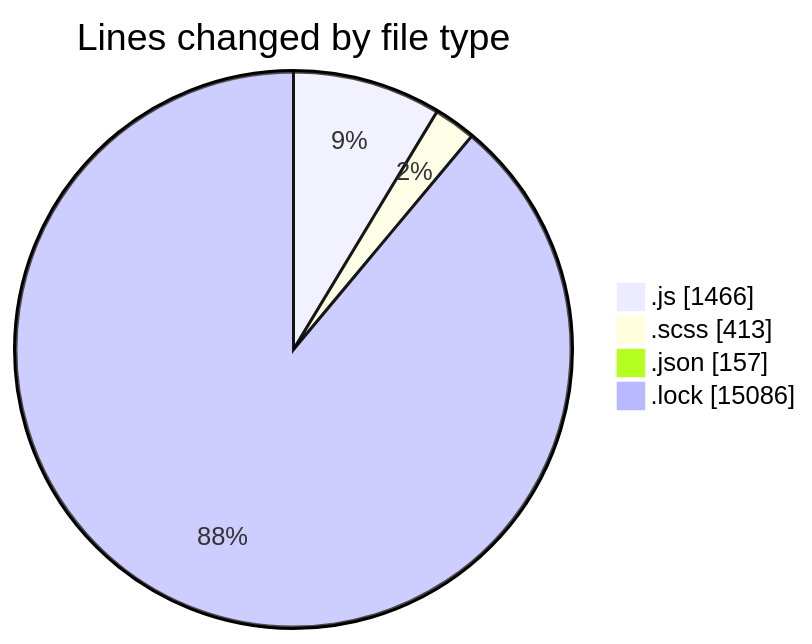
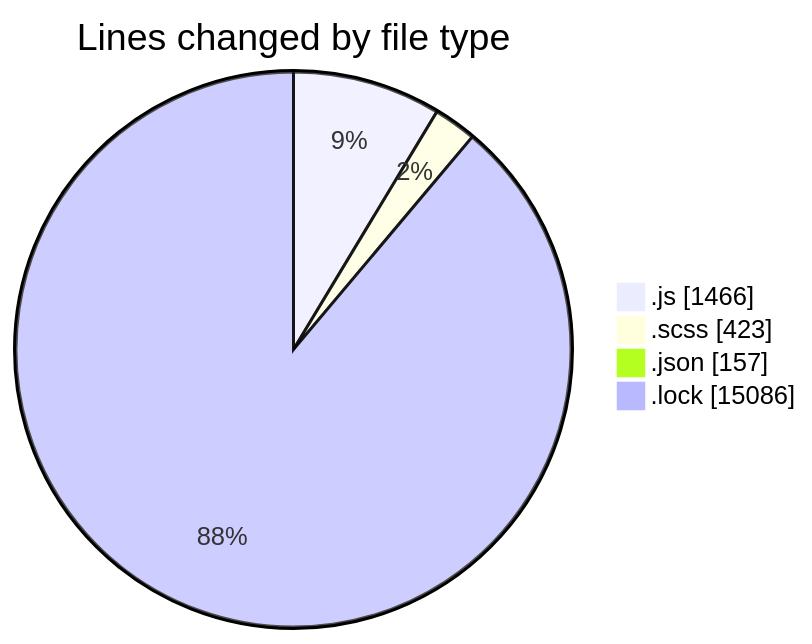
One commit to momahboobian/code-tracking changed the first of 2 diagrams in 2026-01-05/cda/README.md. Above: the diagram before and after it, drawn with Mermaid. The commit also changed other lines of this file and 1 other file, not shown here.

````diff
--- a/2026-01-05/cda/README.md
+++ b/2026-01-05/cda/README.md
@@ -38,8 +38,8 @@
 ```mermaid
 pie showData
 title Lines changed by file type
 ".js" : 1466
-".scss" : 413
+".scss" : 423
 ".json" : 157
 ".lock" : 15086
 ```
````
